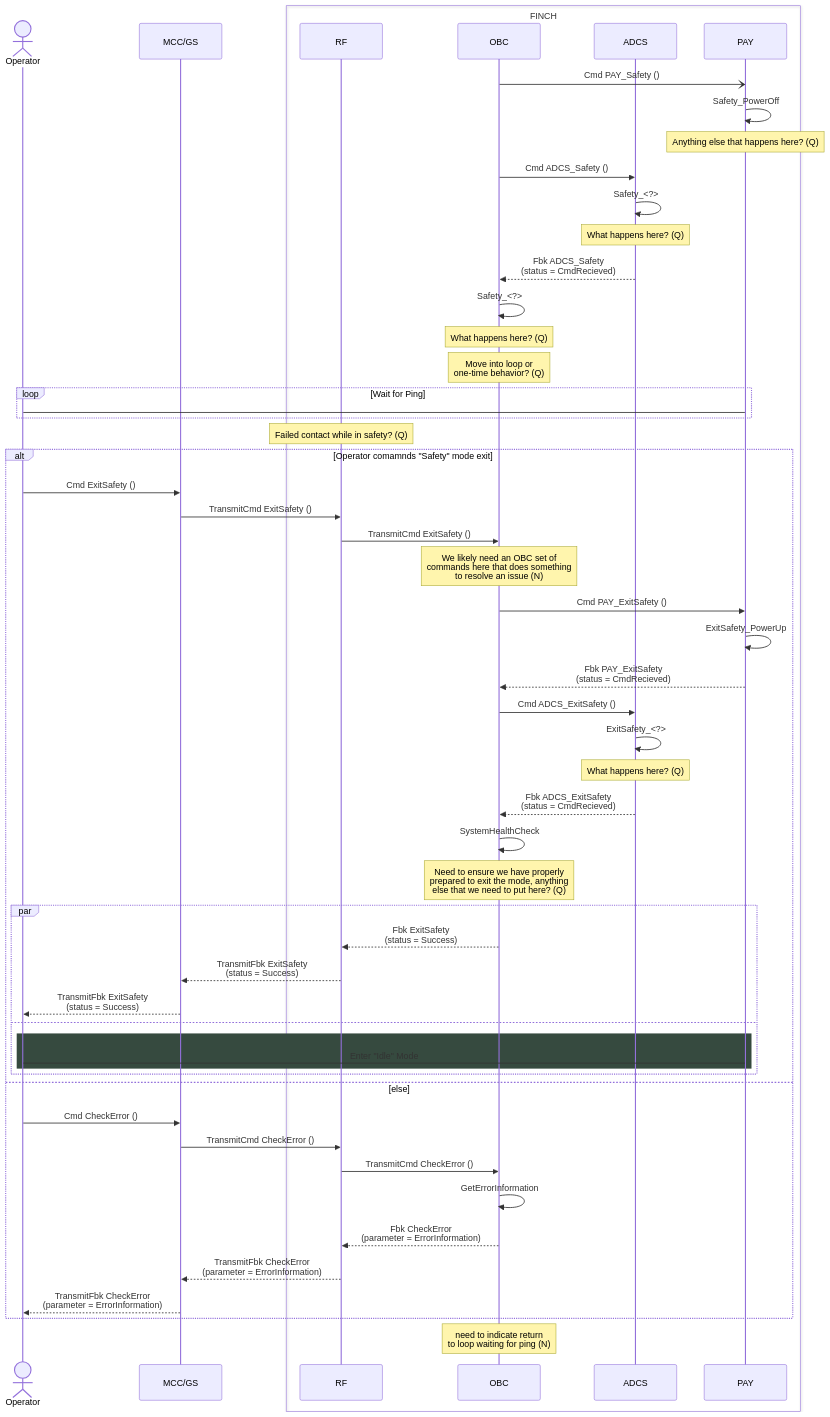
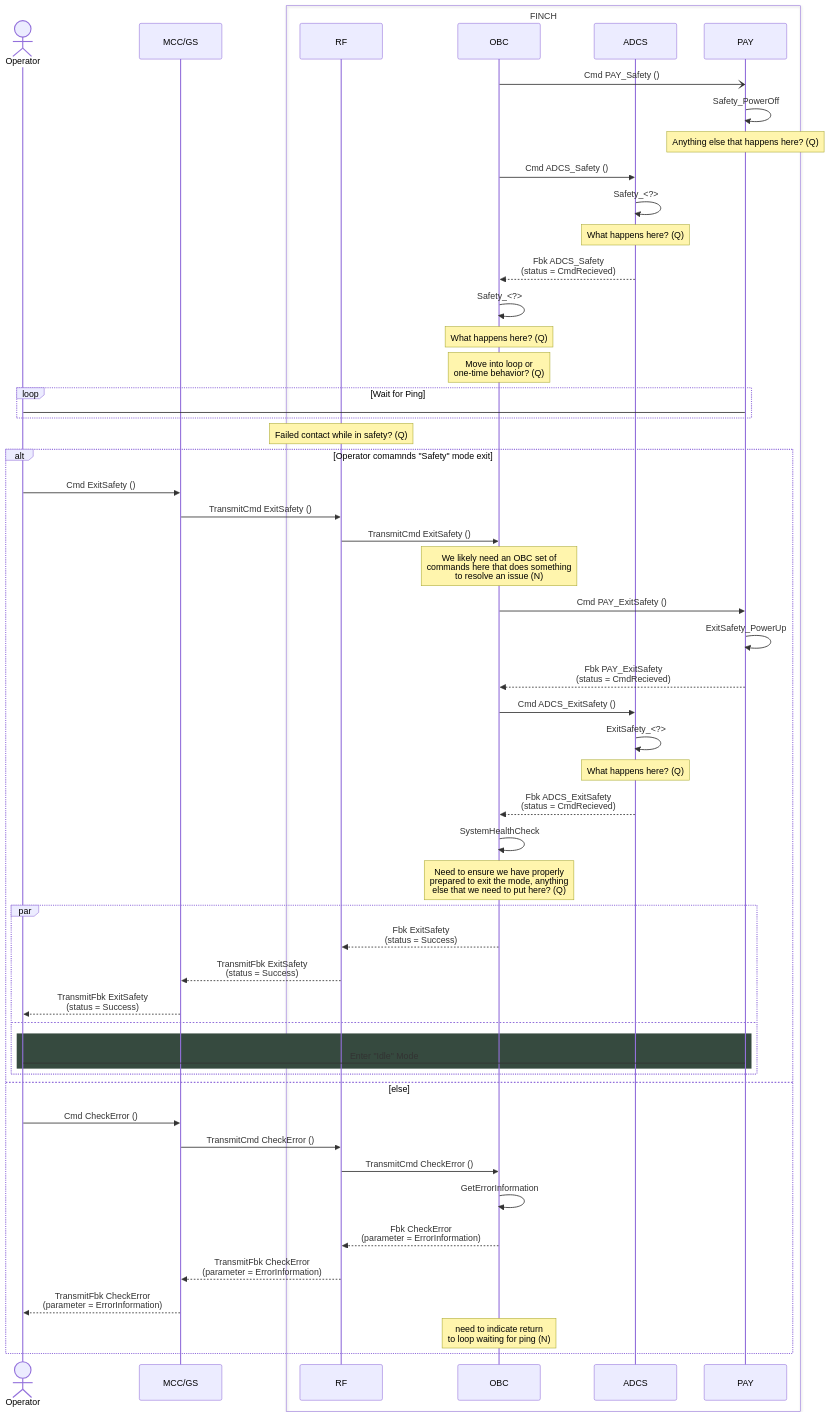
Before and after one commit to Addy-lit/FINCH-system-architecture: the diagram in command sequences/safety-command.md, drawn with Mermaid.

````diff
--- a/command sequences/safety-command.md
+++ b/command sequences/safety-command.md
@@ -2,70 +2,69 @@
 ```mermaid
 sequenceDiagram
     Actor Operator
     participant MCC/GS
     box FINCH
 	participant RF
     	participant OBC
     	participant ADCS
     	participant PAY
 	end
 
     OBC -) PAY: Cmd PAY_Safety ()
     PAY ->> PAY: Safety_PowerOff
 	note over PAY: Anything else that happens here? (Q)
   
     OBC ->> ADCS: Cmd ADCS_Safety ()
     ADCS ->> ADCS: Safety_<?>
 	note over ADCS: What happens here? (Q)
     ADCS -->> OBC: Fbk ADCS_Safety <br> (status = CmdRecieved)
 
 
     OBC ->> OBC: Safety_<?>
     note over OBC: What happens here? (Q)
 	note over OBC: Move into loop or <br> one-time behavior? (Q)
 
     loop Wait for Ping
         Operator -> PAY: 
     end
 	
 	note over RF: Failed contact while in safety? (Q)
 	alt Operator comamnds "Safety" mode exit
 		Operator ->> MCC/GS: Cmd ExitSafety ()
 		MCC/GS ->> RF: TransmitCmd ExitSafety ()
 		RF ->> OBC: TransmitCmd ExitSafety ()
 
 		note over OBC: We likely need an OBC set of <br> commands here that does something <br> to resolve an issue (N)
 
         OBC ->> PAY: Cmd PAY_ExitSafety ()
         PAY ->> PAY: ExitSafety_PowerUp
         PAY -->> OBC: Fbk PAY_ExitSafety <br> (status = CmdRecieved)
   
         OBC ->> ADCS: Cmd ADCS_ExitSafety ()
         ADCS ->> ADCS: ExitSafety_<?>
         note over ADCS: What happens here? (Q)
         ADCS -->> OBC: Fbk ADCS_ExitSafety <br> (status = CmdRecieved)
 
 		OBC ->> OBC: SystemHealthCheck
 		note over OBC: Need to ensure we have properly <br> prepared to exit the mode, anything <br> else that we need to put here? (Q)
 
 		par
 			OBC -->> RF: Fbk ExitSafety <br> (status = Success)
 			RF -->> MCC/GS: TransmitFbk ExitSafety <br> (status = Success)
 			MCC/GS -->> Operator: TransmitFbk ExitSafety <br> (status = Success)
 		and
 			rect rgb(54,74,63)
 				Operator -> PAY: Enter "Idle" Mode
 			end
 		end
 	else else
 		Operator ->> MCC/GS: Cmd CheckError ()
 		MCC/GS ->> RF: TransmitCmd CheckError ()
 		RF ->> OBC: TransmitCmd CheckError ()
 		OBC ->> OBC: GetErrorInformation
 		OBC -->> RF: Fbk CheckError <br> (parameter = ErrorInformation)
 		RF -->> MCC/GS: TransmitFbk CheckError <br> (parameter = ErrorInformation)
 		MCC/GS -->> Operator: TransmitFbk CheckError <br> (parameter = ErrorInformation)
+		note over OBC: need to indicate return <br> to loop waiting for ping (N)
 	end
-
-	note over OBC: need to indicate return <br> to loop waiting for ping (N)
 ```
````
